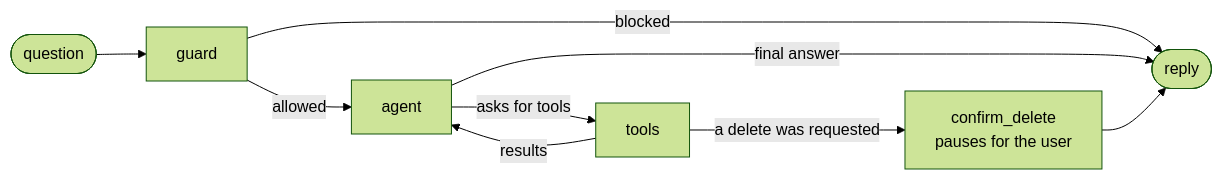
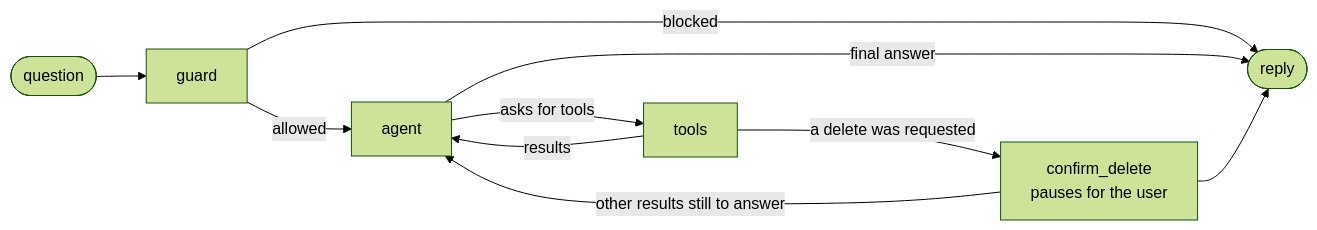
Before and after one commit to rupszi/tech-demo-retail-05: the diagram in README.md, drawn with Mermaid (forest theme). The commit also changed other lines of this file and 36 other files, not shown here.

````diff
--- a/README.md
+++ b/README.md
@@ -147,11 +147,12 @@
 ```mermaid
 flowchart LR
     S([question]) --> guard
     guard -->|blocked| E([reply])
     guard -->|allowed| agent
     agent -->|asks for tools| tools
     agent -->|final answer| E
     tools -->|results| agent
     tools -->|a delete was requested| confirm["confirm_delete<br/>pauses for the user"]
     confirm --> E
+    confirm -->|other results still to answer| agent
 ```
````
